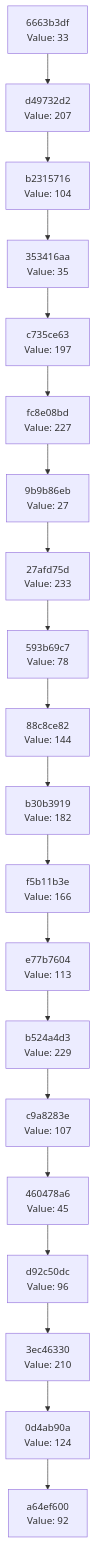
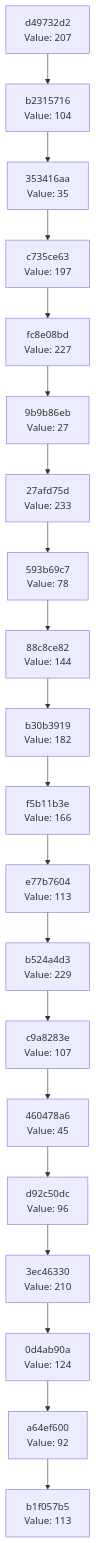
One commit to Abhisheksinha1506/hash-chain-evolver changed the diagram in docs/CHAIN_VISUALIZATION.md. Above: the diagram before and after it, drawn with Mermaid. The commit also changed 2 other files, not shown here.

Commit message:
Evolution Step

````diff
--- a/docs/CHAIN_VISUALIZATION.md
+++ b/docs/CHAIN_VISUALIZATION.md
@@ -3,42 +3,42 @@
 ```mermaid
 graph TD
-    C0["a64ef600<br/>Value: 92"]
-    C1["0d4ab90a<br/>Value: 124"]
+    C0["b1f057b5<br/>Value: 113"]
+    C1["a64ef600<br/>Value: 92"]
     C1 --> C0
-    C2["3ec46330<br/>Value: 210"]
+    C2["0d4ab90a<br/>Value: 124"]
     C2 --> C1
-    C3["d92c50dc<br/>Value: 96"]
+    C3["3ec46330<br/>Value: 210"]
     C3 --> C2
-    C4["460478a6<br/>Value: 45"]
+    C4["d92c50dc<br/>Value: 96"]
     C4 --> C3
-    C5["c9a8283e<br/>Value: 107"]
+    C5["460478a6<br/>Value: 45"]
     C5 --> C4
-    C6["b524a4d3<br/>Value: 229"]
+    C6["c9a8283e<br/>Value: 107"]
     C6 --> C5
-    C7["e77b7604<br/>Value: 113"]
+    C7["b524a4d3<br/>Value: 229"]
     C7 --> C6
-    C8["f5b11b3e<br/>Value: 166"]
+    C8["e77b7604<br/>Value: 113"]
     C8 --> C7
-    C9["b30b3919<br/>Value: 182"]
+    C9["f5b11b3e<br/>Value: 166"]
     C9 --> C8
-    C10["88c8ce82<br/>Value: 144"]
+    C10["b30b3919<br/>Value: 182"]
     C10 --> C9
-    C11["593b69c7<br/>Value: 78"]
+    C11["88c8ce82<br/>Value: 144"]
     C11 --> C10
-    C12["27afd75d<br/>Value: 233"]
+    C12["593b69c7<br/>Value: 78"]
     C12 --> C11
-    C13["9b9b86eb<br/>Value: 27"]
+    C13["27afd75d<br/>Value: 233"]
     C13 --> C12
-    C14["fc8e08bd<br/>Value: 227"]
+    C14["9b9b86eb<br/>Value: 27"]
     C14 --> C13
-    C15["c735ce63<br/>Value: 197"]
+    C15["fc8e08bd<br/>Value: 227"]
     C15 --> C14
-    C16["353416aa<br/>Value: 35"]
+    C16["c735ce63<br/>Value: 197"]
     C16 --> C15
-    C17["b2315716<br/>Value: 104"]
+    C17["353416aa<br/>Value: 35"]
     C17 --> C16
-    C18["d49732d2<br/>Value: 207"]
+    C18["b2315716<br/>Value: 104"]
     C18 --> C17
-    C19["6663b3df<br/>Value: 33"]
+    C19["d49732d2<br/>Value: 207"]
     C19 --> C18
 ```
````
